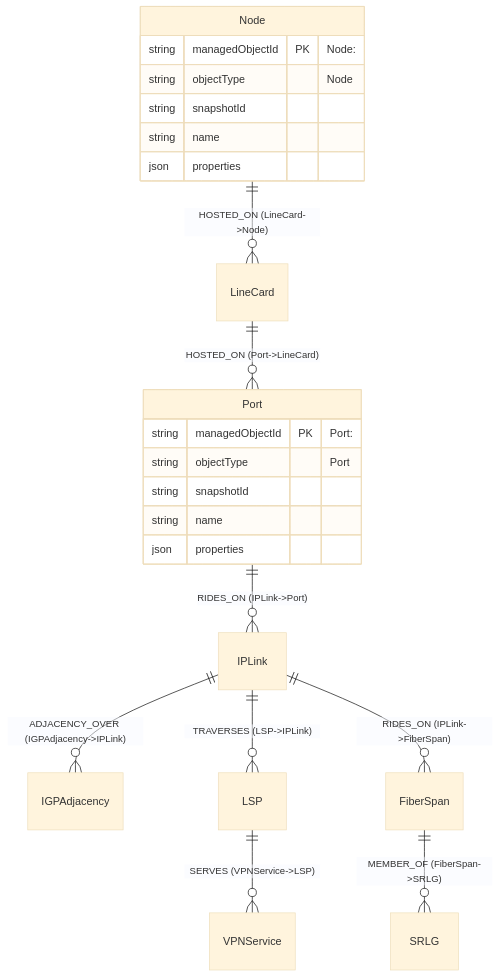
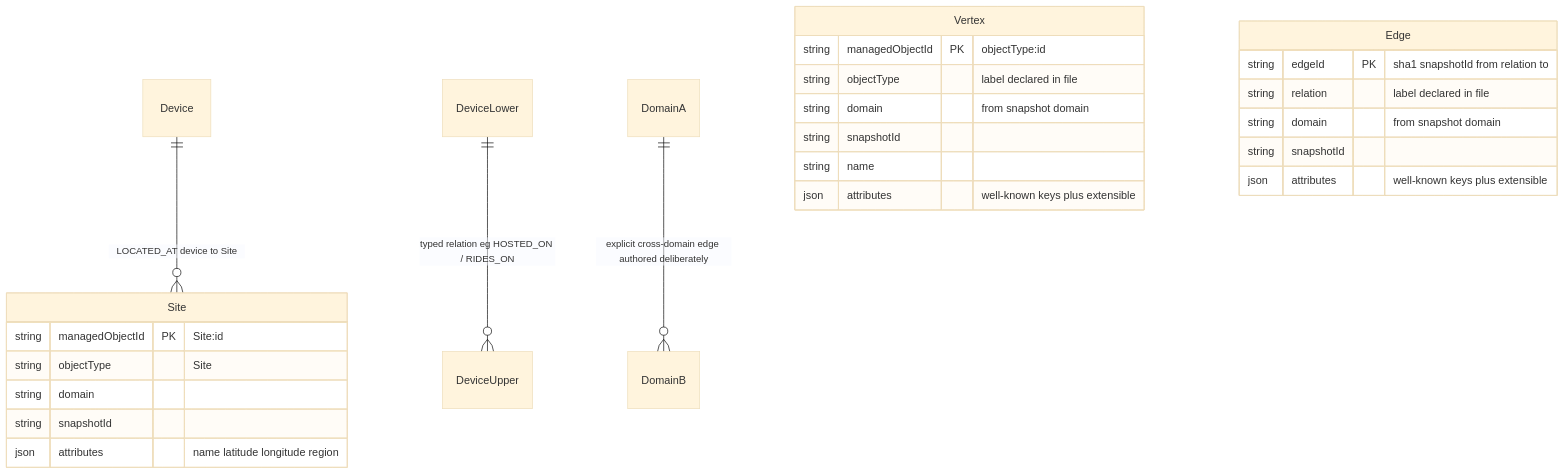
One commit to nikhilmohan/correlation-platform changed the second of 9 diagrams in services/topology/design.md. Above: the diagram before and after it, drawn with Mermaid (base theme). The commit also changed other lines of this file, not shown here.

Commit message:
design(topology): domain isolation + Site/LOCATED_AT + attributes + Knowledge-vocab validation

````diff
--- a/services/topology/design.md
+++ b/services/topology/design.md
@@ -128,26 +166,29 @@
 ```mermaid
 erDiagram
-  Node ||--o{ LineCard : "HOSTED_ON (LineCard->Node)"
-  LineCard ||--o{ Port : "HOSTED_ON (Port->LineCard)"
-  Port ||--o{ IPLink : "RIDES_ON (IPLink->Port)"
-  IPLink ||--o{ IGPAdjacency : "ADJACENCY_OVER (IGPAdjacency->IPLink)"
-  IPLink ||--o{ LSP : "TRAVERSES (LSP->IPLink)"
-  LSP ||--o{ VPNService : "SERVES (VPNService->LSP)"
-  FiberSpan ||--o{ SRLG : "MEMBER_OF (FiberSpan->SRLG)"
-  IPLink ||--o{ FiberSpan : "RIDES_ON (IPLink->FiberSpan)"
+  Device ||--o{ Site : "LOCATED_AT device to Site"
+  DeviceLower ||--o{ DeviceUpper : "typed relation eg HOSTED_ON / RIDES_ON"
+  DomainA ||--o{ DomainB : "explicit cross-domain edge authored deliberately"
 
-  Node {
-    string managedObjectId PK "Node:<id>"
-    string objectType "Node"
+  Vertex {
+    string managedObjectId PK "objectType:id"
+    string objectType "label declared in file"
+    string domain "from snapshot domain"
     string snapshotId
     string name
-    json   properties
+    json   attributes "well-known keys plus extensible"
   }
-  Port {
-    string managedObjectId PK "Port:<id>"
-    string objectType "Port"
+  Edge {
+    string edgeId PK "sha1 snapshotId from relation to"
+    string relation "label declared in file"
+    string domain "from snapshot domain"
     string snapshotId
-    string name
-    json   properties
+    json   attributes "well-known keys plus extensible"
+  }
+  Site {
+    string managedObjectId PK "Site:id"
+    string objectType "Site"
+    string domain
+    string snapshotId
+    json   attributes "name latitude longitude region"
   }
 ```
````
